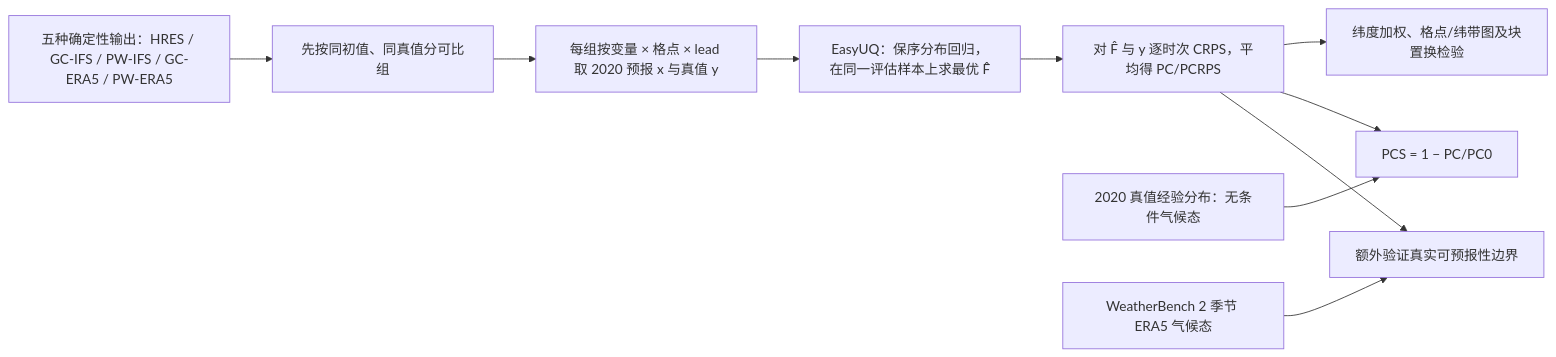
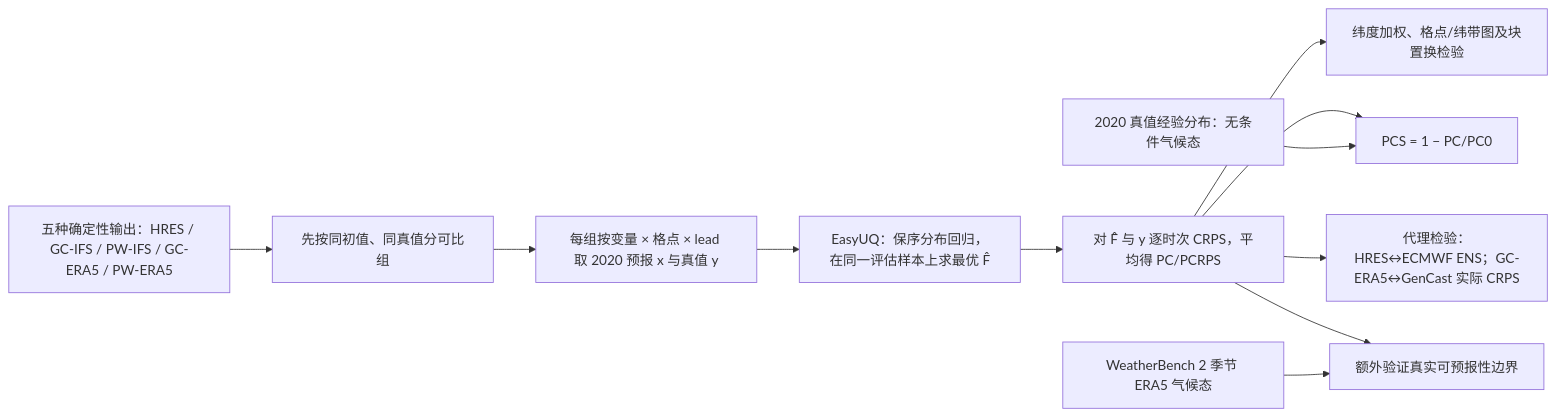
One commit to morestart/weather-dl-paper-notes changed the diagram in notes/medium-range/85-potential-crps-fair-weather-comparison.md. Above: the diagram before and after it, drawn with Mermaid. The commit also changed other lines of this file and 2 other files, not shown here.

Commit message:
Update potential CRPS note to AMS edition with GenCast comparison

````diff
--- a/notes/medium-range/85-potential-crps-fair-weather-comparison.md
+++ b/notes/medium-range/85-potential-crps-fair-weather-comparison.md
@@ -26,12 +27,13 @@
 ```mermaid
 flowchart LR
   A["五种确定性输出：HRES / GC-IFS / PW-IFS / GC-ERA5 / PW-ERA5"] --> B["先按同初值、同真值分可比组"]
   B --> C["每组按变量 × 格点 × lead 取 2020 预报 x 与真值 y"]
   C --> D["EasyUQ：保序分布回归，在同一评估样本上求最优 F̂"]
   D --> E["对 F̂ 与 y 逐时次 CRPS，平均得 PC/PCRPS"]
   E --> F["纬度加权、格点/纬带图及块置换检验"]
   G["2020 真值经验分布：无条件气候态"] --> H["PCS = 1 − PC/PC0"]
   E --> H
   I["WeatherBench 2 季节 ERA5 气候态"] --> J["额外验证真实可预报性边界"]
   E --> J
+  E --> K["代理检验：HRES↔ECMWF ENS；GC-ERA5↔GenCast 实际 CRPS"]
 ```
````
